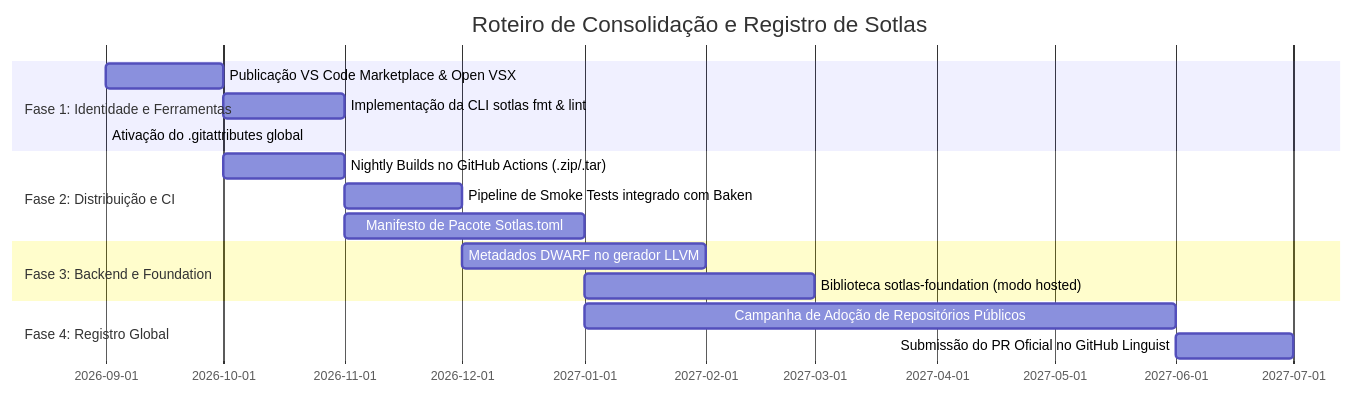
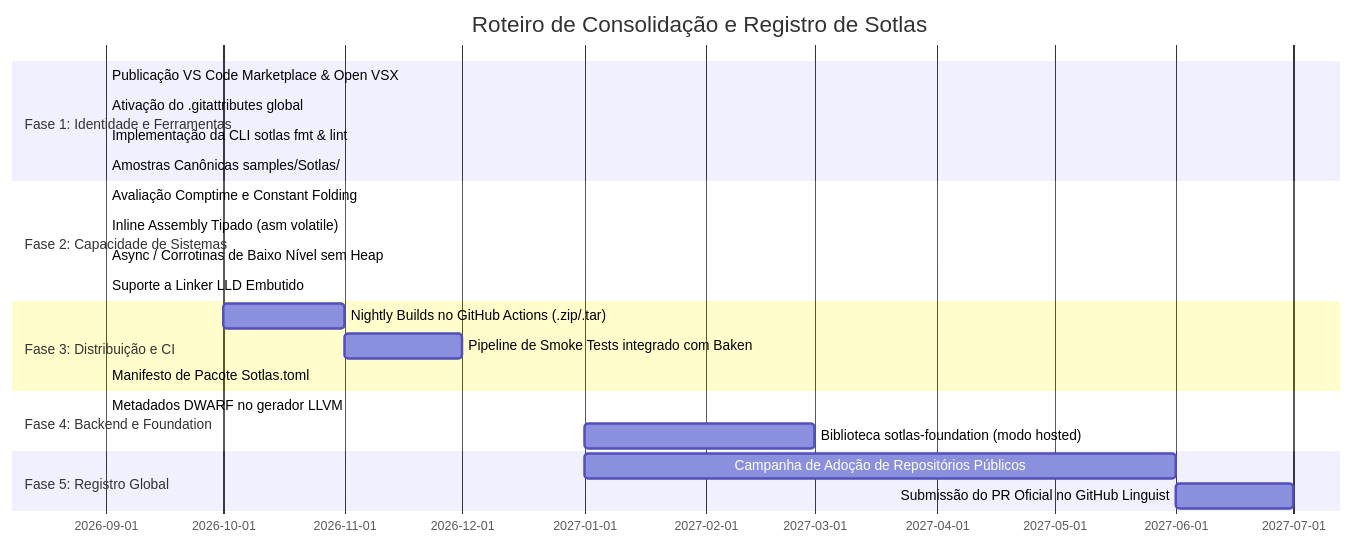
Before and after one commit to HPinho/sotlas_dev: the diagram in docs/ecosystem_and_registration_roadmap.md, drawn with Mermaid. The commit also changed 54 other files, not shown here.

Commit message:
feat(compiler): implement advanced compiler architecture, SIR SSA passes, and pure self-hosting pipeline

````diff
--- a/docs/ecosystem_and_registration_roadmap.md
+++ b/docs/ecosystem_and_registration_roadmap.md
@@ -263,19 +263,25 @@
 ```mermaid
 gantt
     title Roteiro de Consolidação e Registro de Sotlas
     dateFormat  YYYY-MM
     section Fase 1: Identidade e Ferramentas
-    Publicação VS Code Marketplace & Open VSX   :2026-09, 2026-10
-    Implementação da CLI sotlas fmt & lint      :2026-10, 2026-11
+    Publicação VS Code Marketplace & Open VSX   :done, 2026-09, 2026-09
     Ativação do .gitattributes global          :done, 2026-09, 2026-09
-    section Fase 2: Distribuição e CI
+    Implementação da CLI sotlas fmt & lint      :done, 2026-09, 2026-09
+    Amostras Canônicas samples/Sotlas/         :done, 2026-09, 2026-09
+    section Fase 2: Capacidade de Sistemas
+    Avaliação Comptime e Constant Folding       :done, 2026-09, 2026-09
+    Inline Assembly Tipado (asm volatile)       :done, 2026-09, 2026-09
+    Async / Corrotinas de Baixo Nível sem Heap  :done, 2026-09, 2026-09
+    Suporte a Linker LLD Embutido               :done, 2026-09, 2026-09
+    section Fase 3: Distribuição e CI
     Nightly Builds no GitHub Actions (.zip/.tar) :2026-10, 2026-11
     Pipeline de Smoke Tests integrado com Baken :2026-11, 2026-12
-    Manifesto de Pacote Sotlas.toml             :2026-11, 2027-01
-    section Fase 3: Backend e Foundation
-    Metadados DWARF no gerador LLVM             :2026-12, 2027-02
+    Manifesto de Pacote Sotlas.toml             :done, 2026-09, 2026-09
+    section Fase 4: Backend e Foundation
+    Metadados DWARF no gerador LLVM             :done, 2026-09, 2026-09
     Biblioteca sotlas-foundation (modo hosted)  :2027-01, 2027-03
-    section Fase 4: Registro Global
+    section Fase 5: Registro Global
     Campanha de Adoção de Repositórios Públicos :2027-01, 2027-06
     Submissão do PR Oficial no GitHub Linguist  :2027-06, 2027-07
 ```
````
